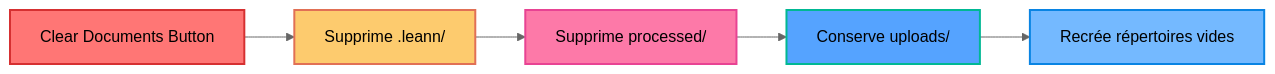
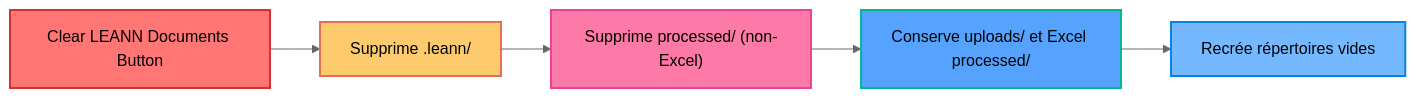
Before and after one commit to Mil100057/Myr-Ag-system: the fifth of 7 diagrams in docs/cleaning_buttons_analysis.md, drawn with Mermaid (neutral theme). The commit also changed other lines of this file and 1 other file, not shown here.

````diff
--- a/docs/cleaning_buttons_analysis.md
+++ b/docs/cleaning_buttons_analysis.md
@@ -35,13 +112,13 @@
 ```mermaid
 graph LR
-    A["Clear Documents Button"] --> B["Supprime .leann/"]
-    B --> C["Supprime processed/"]
-    C --> D["Conserve uploads/"]
+    A["Clear LEANN Documents Button"] --> B["Supprime .leann/"]
+    B --> C["Supprime processed/ (non-Excel)"]
+    C --> D["Conserve uploads/ et Excel processed/"]
     D --> E["Recrée répertoires vides"]
     
     style A fill:#ff7675,stroke:#d63031,stroke-width:2px
     style B fill:#fdcb6e,stroke:#e17055,stroke-width:2px
     style C fill:#fd79a8,stroke:#e84393,stroke-width:2px
     style D fill:#55a3ff,stroke:#00b894,stroke-width:2px
     style E fill:#74b9ff,stroke:#0984e3,stroke-width:2px
 ```
````
